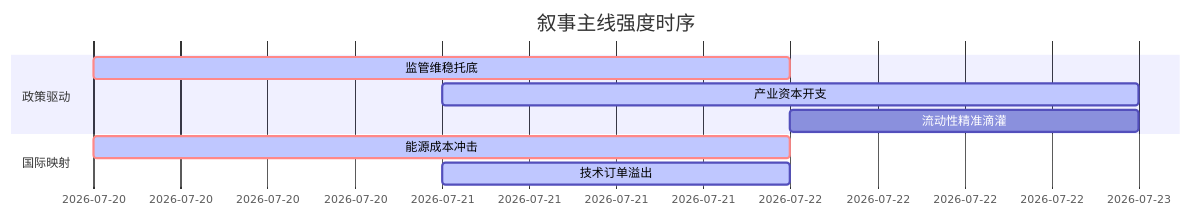
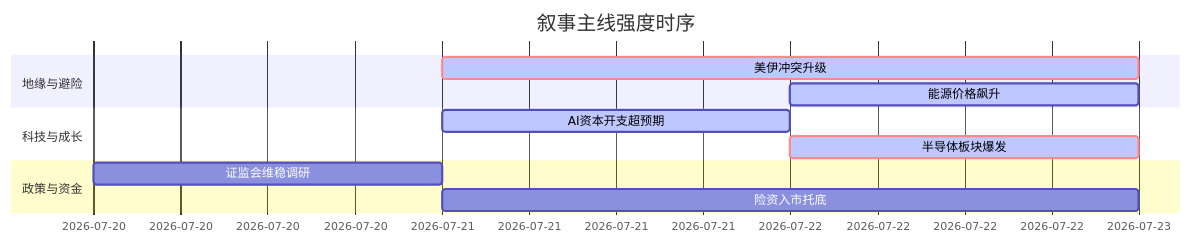
Before and after one commit to uu5zn/uu5zn.github.io: the diagram in 5day_report.md, drawn with Mermaid. The commit also changed other lines of this file and 25 other files, not shown here.

````diff
--- a/5day_report.md
+++ b/5day_report.md
@@ -55,13 +54,16 @@
 ```mermaid
 gantt
     title 叙事主线强度时序
     dateFormat  YYYY-MM-DD
-    section 政策驱动
-    监管维稳托底   :crit, active, 2026-07-20, 2d
-    产业资本开支   :active, 2026-07-21, 2d
-    流动性精准滴灌   :2026-07-22, 1d
+    section 地缘与避险
+    美伊冲突升级   :crit, active, 2026-07-21, 2d
+    能源价格飙升   :active, 2026-07-22, 1d
     
-    section 国际映射
-    能源成本冲击   :crit, active, 2026-07-20, 2d
-    技术订单溢出   :active, 2026-07-21, 1d
+    section 科技与成长
+    AI资本开支超预期 :active, 2026-07-21, 1d
+    半导体板块爆发   :crit, active, 2026-07-22, 1d
+    
+    section 政策与资金
+    证监会维稳调研   :2026-07-20, 1d
+    险资入市托底     :2026-07-21, 2d
 ```
````
